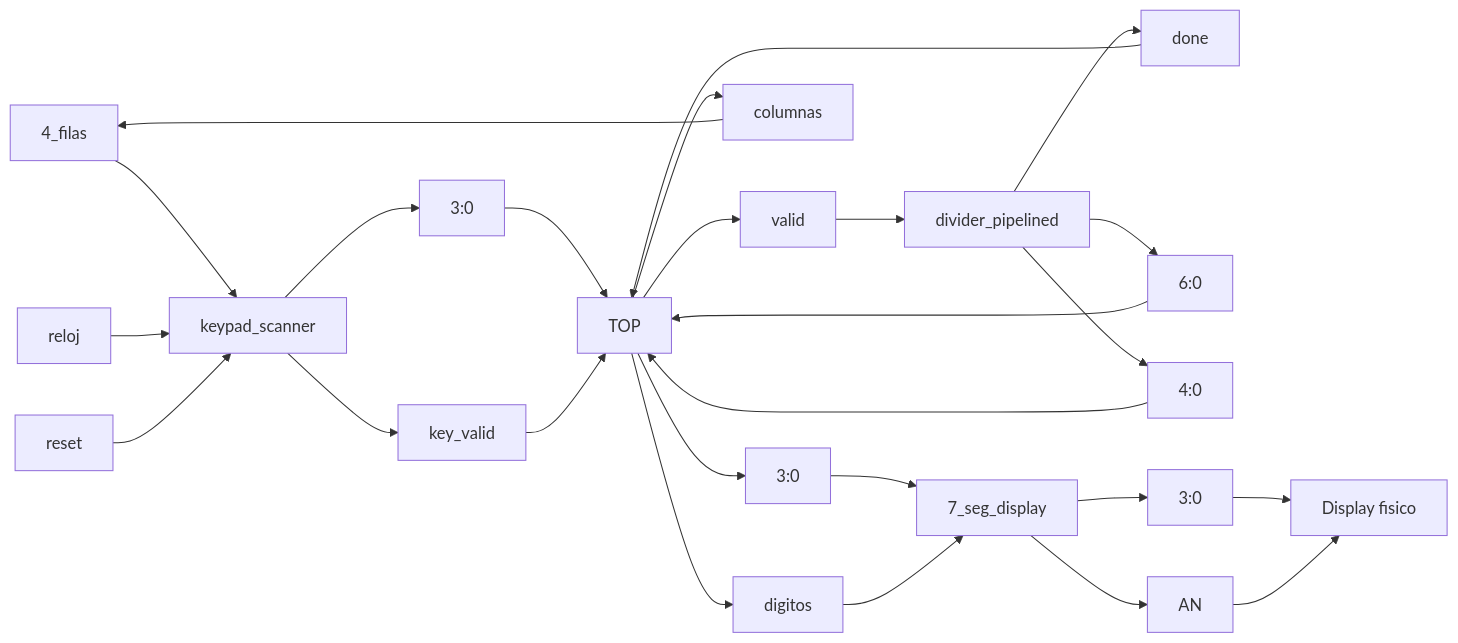
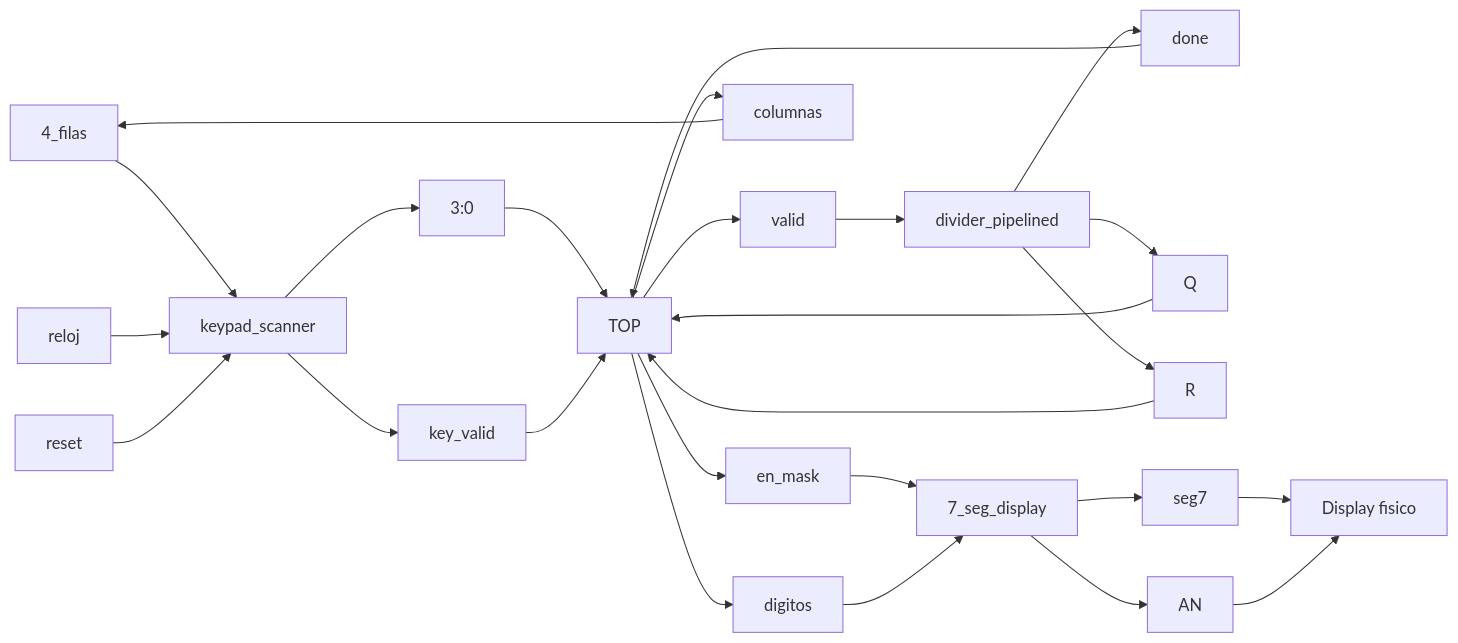
Before and after one commit to Jei-UP/Proyectos-de-Dise-o-L-gico: the first of 6 diagrams in Proyecto3/README.md, drawn with Mermaid.

````diff
--- a/Proyecto3/README.md
+++ b/Proyecto3/README.md
@@ -138,29 +138,29 @@
 ```mermaid
 graph LR
     A[4_filas] --> KS[keypad_scanner]
     reloj --> KS
     reset --> KS
-    KS --> key_code[3:0]
+    KS --> key_code
     KS --> key_valid
     key_code[3:0] --> TOP
     key_valid --> TOP
     TOP --> valid
     valid --> DP[divider_pipelined]
     DP --> done
-    DP --> Q[6:0]
-    DP --> R[4:0]
+    DP --> Q
+    DP --> R
     done --> TOP
-    Q[6:0] --> TOP
-    R[4:0] --> TOP
+    Q --> TOP
+    R --> TOP
     TOP --> columnas
     columnas --> A
-    TOP --> en_mask[3:0]
+    TOP --> en_mask
     TOP --> D[digitos]
-    en_mask[3:0] --> SD[7_seg_display]
+    en_mask --> SD[7_seg_display]
     D --> SD
-    SD --> seg7[3:0]
+    SD --> seg7
     SD --> AN
-    seg7[3:0] --> DISP[Display fisico]
+    seg7 --> DISP[Display fisico]
     AN --> DISP
 
 ```
````
